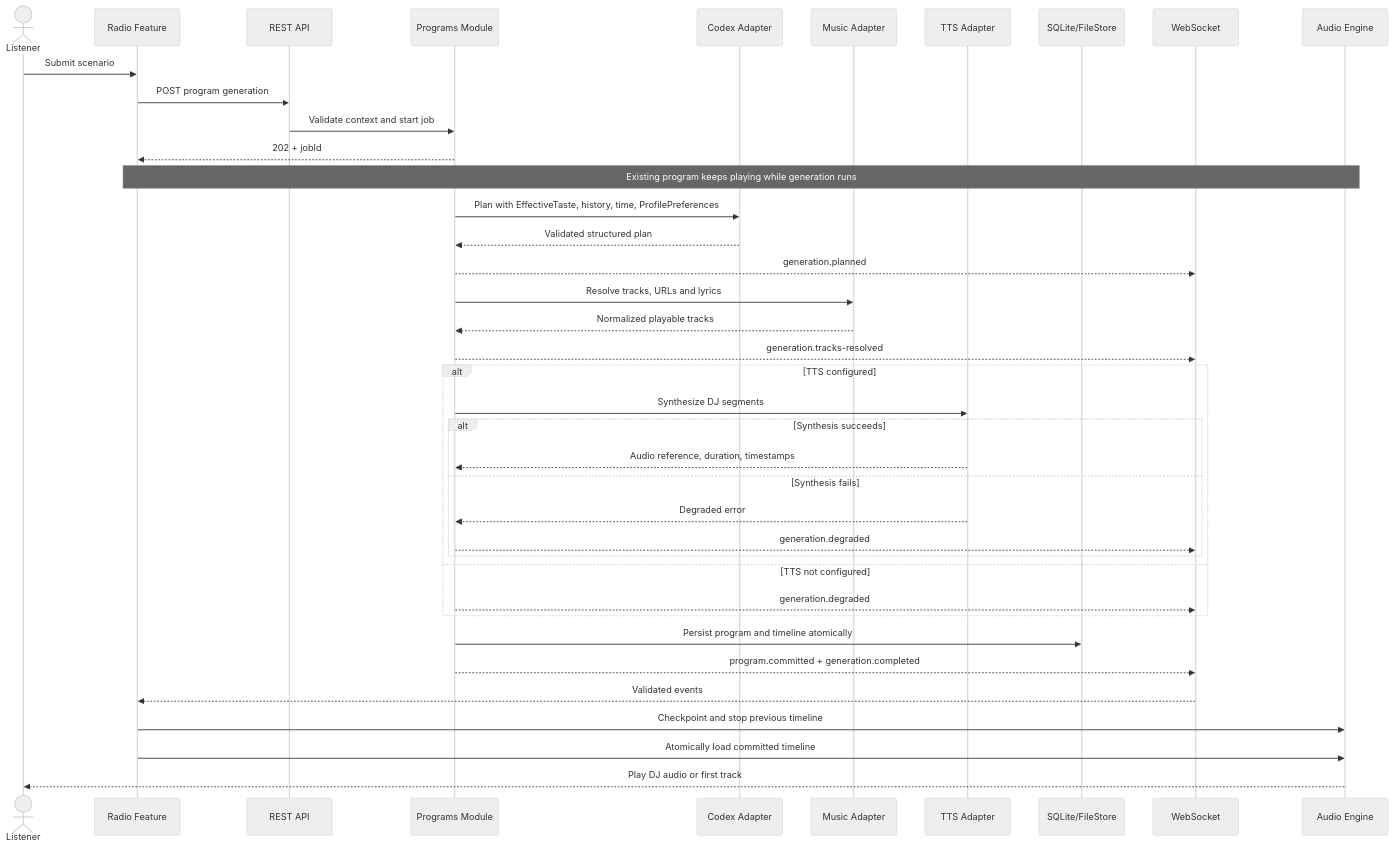
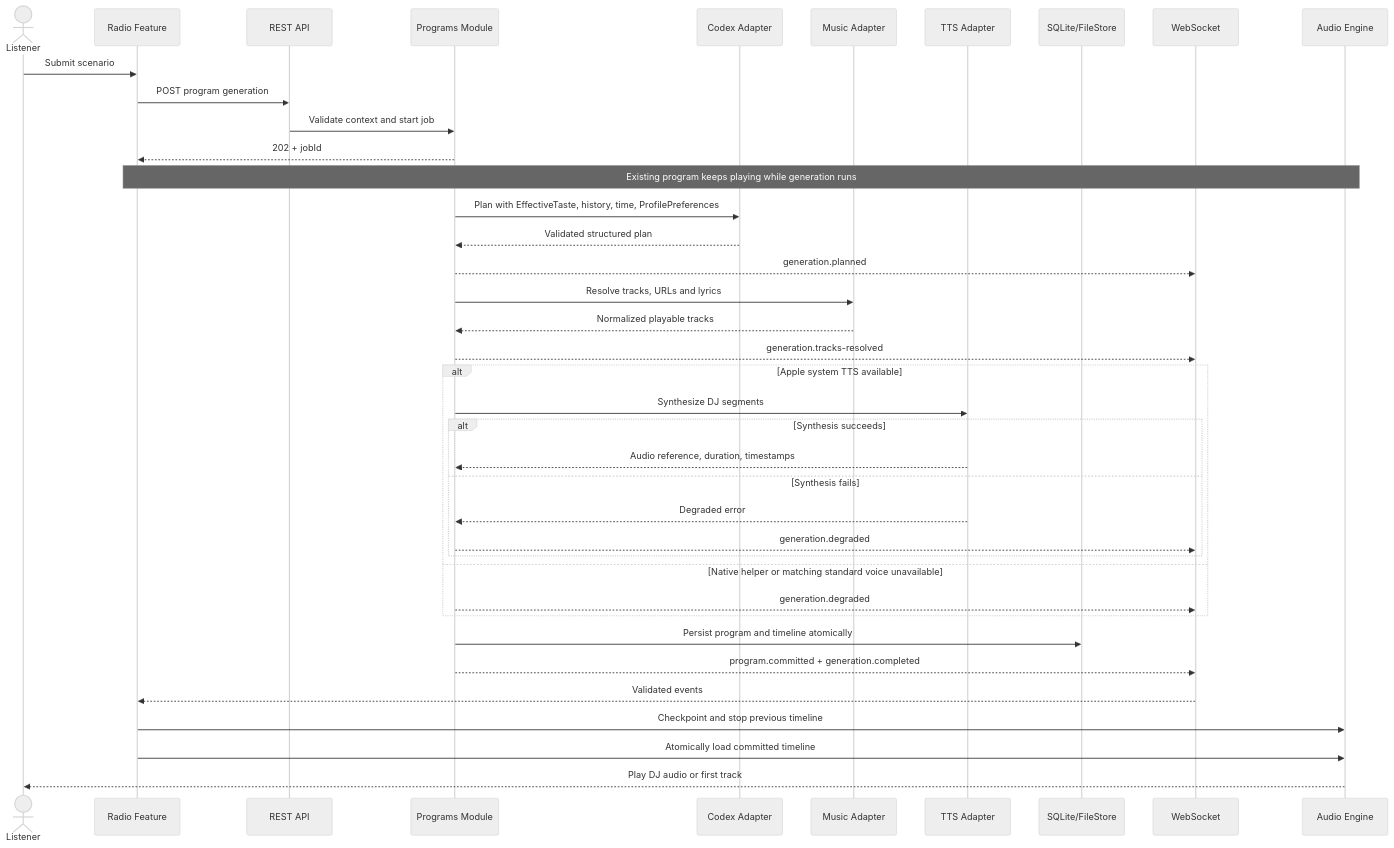
The third of 8 diagrams in architecture.md (komochi007/koradio), drawn with Mermaid (neutral theme) before and after one commit. The commit also changed other lines of this file and 8 other files, not shown here.

First line of the commit message:
docs(provider): [S0-06] 保留 Apple 系统 TTS 决策

````diff
--- a/architecture.md
+++ b/architecture.md
@@ -117,41 +120,41 @@
 ```mermaid
 sequenceDiagram
     actor U as Listener
     participant W as Radio Feature
     participant A as REST API
     participant P as Programs Module
     participant C as Codex Adapter
     participant M as Music Adapter
     participant T as TTS Adapter
     participant D as SQLite/FileStore
     participant E as WebSocket
     participant X as Audio Engine
     U->>W: Submit scenario
     W->>A: POST program generation
     A->>P: Validate context and start job
     P-->>W: 202 + jobId
     Note over W,X: Existing program keeps playing while generation runs
     P->>C: Plan with EffectiveTaste, history, time, ProfilePreferences
     C-->>P: Validated structured plan
     P-->>E: generation.planned
     P->>M: Resolve tracks, URLs and lyrics
     M-->>P: Normalized playable tracks
     P-->>E: generation.tracks-resolved
-    alt TTS configured
+    alt Apple system TTS available
         P->>T: Synthesize DJ segments
         alt Synthesis succeeds
             T-->>P: Audio reference, duration, timestamps
         else Synthesis fails
             T-->>P: Degraded error
             P-->>E: generation.degraded
         end
-    else TTS not configured
+    else Native helper or matching standard voice unavailable
         P-->>E: generation.degraded
     end
     P->>D: Persist program and timeline atomically
     P-->>E: program.committed + generation.completed
     E-->>W: Validated events
     W->>X: Checkpoint and stop previous timeline
     W->>X: Atomically load committed timeline
     X-->>U: Play DJ audio or first track
 ```
````
